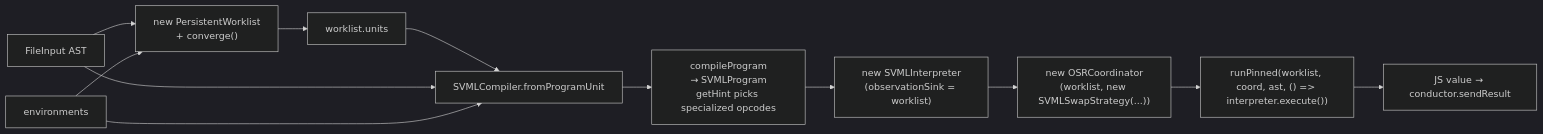
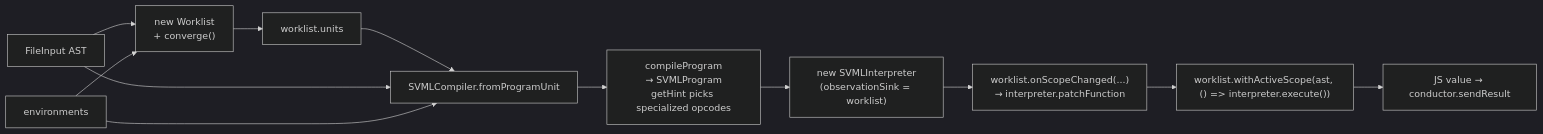
Before and after one commit to loyaltypollution/py-slang: the fourth of 6 diagrams in docs/compilation-flow.md, drawn with Mermaid (dark theme). The commit also changed other lines of this file and 55 other files, not shown here.

````diff
--- a/docs/compilation-flow.md
+++ b/docs/compilation-flow.md
@@ -254,19 +276,19 @@
 ```mermaid
 flowchart LR
     AST["FileInput AST"]
     ENV["environments"]
-    WL["new PersistentWorklist<br/>+ converge()"]
+    WL["new Worklist<br/>+ converge()"]
     UNITS["worklist.units"]
     COMP["SVMLCompiler.fromProgramUnit"]
     EMIT["compileProgram<br/>→ SVMLProgram<br/>getHint picks specialized opcodes"]
     INT["new SVMLInterpreter<br/>(observationSink = worklist)"]
-    COORD["new OSRCoordinator<br/>(worklist, new SVMLSwapStrategy(...))"]
-    RUN["runPinned(worklist, coord, ast, () => interpreter.execute())"]
+    LISTEN["worklist.onScopeChanged(...)<br/>→ interpreter.patchFunction"]
+    RUN["worklist.withActiveScope(ast, () => interpreter.execute())"]
     OUT["JS value → conductor.sendResult"]
 
     AST --> WL
     ENV --> WL
-    WL --> UNITS --> COMP --> EMIT --> INT --> COORD --> RUN --> OUT
+    WL --> UNITS --> COMP --> EMIT --> INT --> LISTEN --> RUN --> OUT
     AST --> COMP
     ENV --> COMP
 ```
````
